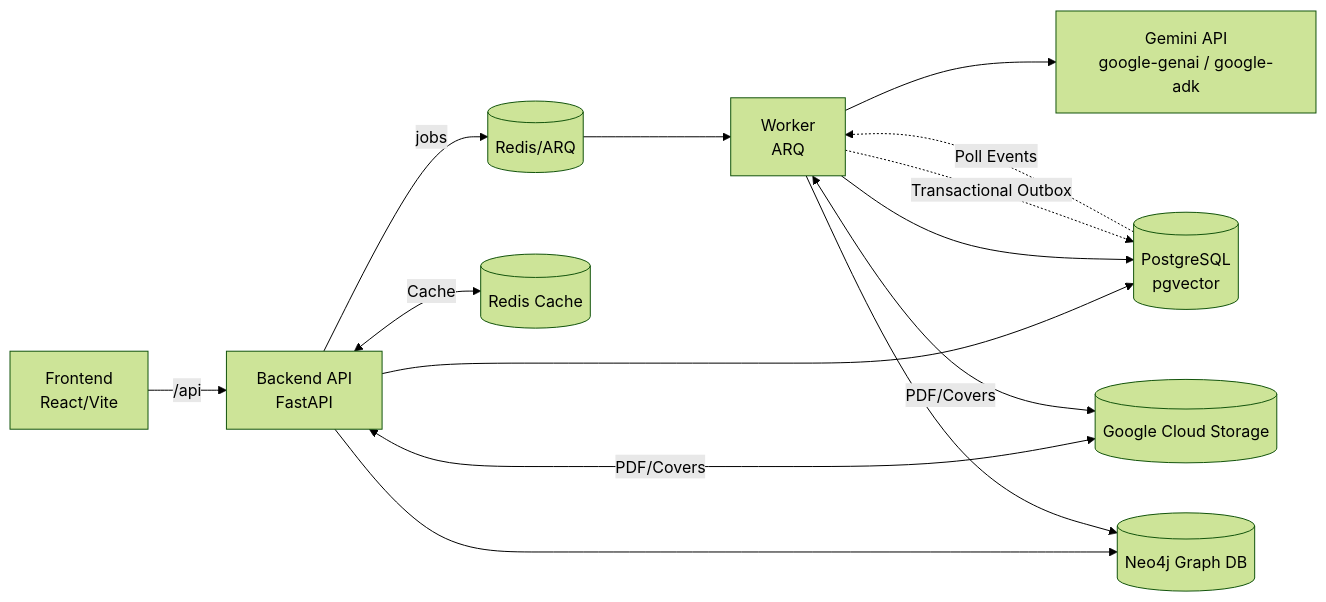
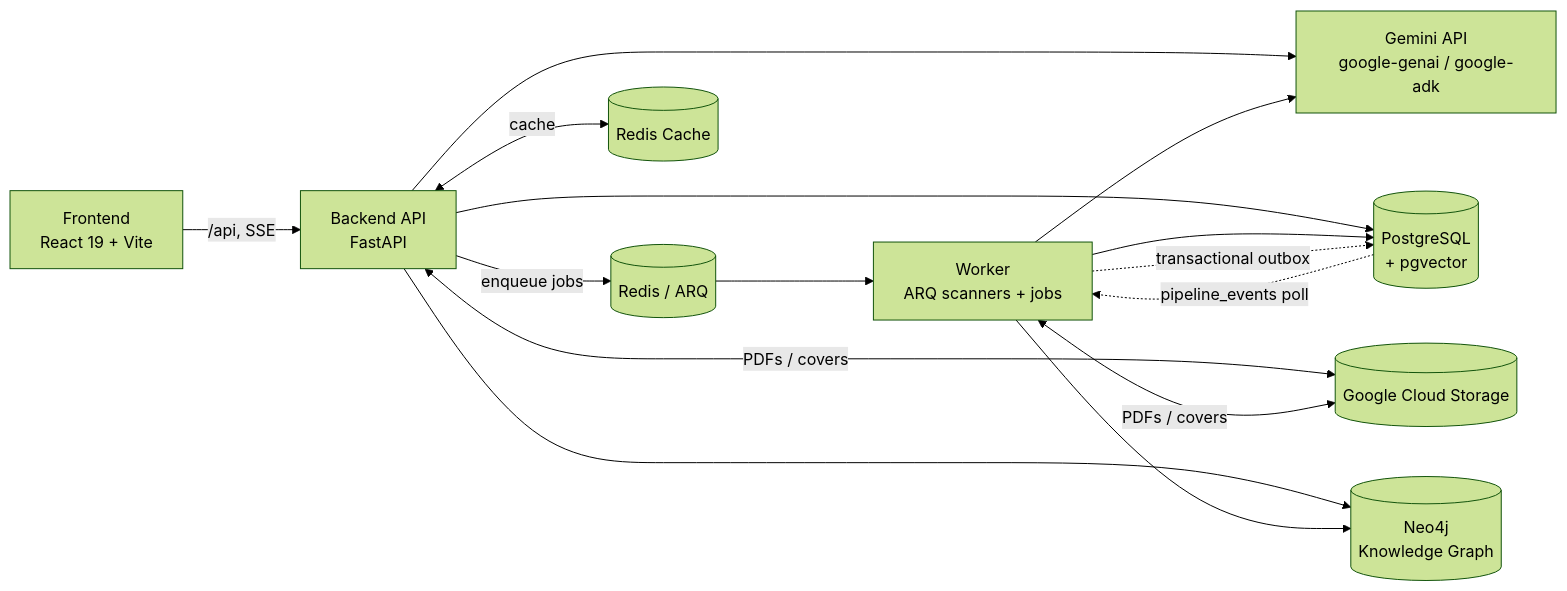
Before and after one commit to Kitabim-AI/kitabim-ai: the diagram in docs/main/SYSTEM_DESIGN.md, drawn with Mermaid (forest theme). The commit also changed other lines of this file and 10 other files, not shown here.

````diff
--- a/docs/main/SYSTEM_DESIGN.md
+++ b/docs/main/SYSTEM_DESIGN.md
@@ -53,16 +60,17 @@
 ```mermaid
 flowchart LR
-  FE[Frontend<br/>React/Vite] -->|/api| BE[Backend API<br/>FastAPI]
-  BE -->|jobs| RQ[(Redis/ARQ)]
-  RQ --> WK[Worker<br/>ARQ]
-  WK --> GEM[Gemini API<br/>google-genai / google-adk]
-  BE --> DB[(PostgreSQL<br/>pgvector)]
+  FE[Frontend<br/>React 19 + Vite] -->|/api, SSE| BE[Backend API<br/>FastAPI]
+  BE -->|enqueue jobs| RQ[(Redis / ARQ)]
+  RQ --> WK[Worker<br/>ARQ scanners + jobs]
+  BE --> GEM[Gemini API<br/>google-genai / google-adk]
+  WK --> GEM
+  BE --> DB[(PostgreSQL<br/>+ pgvector)]
   WK --> DB
-  WK -.->|Transactional Outbox| DB
-  DB -.->|Poll Events| WK
-  BE <-->|PDF/Covers| GCS[(Google Cloud Storage)]
-  WK <-->|PDF/Covers| GCS
-  BE <--Cache--> CACHE[(Redis Cache)]
-  BE --> N4J[(Neo4j Graph DB)]
+  WK -.->|transactional outbox| DB
+  DB -.->|pipeline_events poll| WK
+  BE <-->|PDFs / covers| GCS[(Google Cloud Storage)]
+  WK <-->|PDFs / covers| GCS
+  BE <--cache--> CACHE[(Redis Cache)]
+  BE --> N4J[(Neo4j<br/>Knowledge Graph)]
   WK --> N4J
 ```
````
